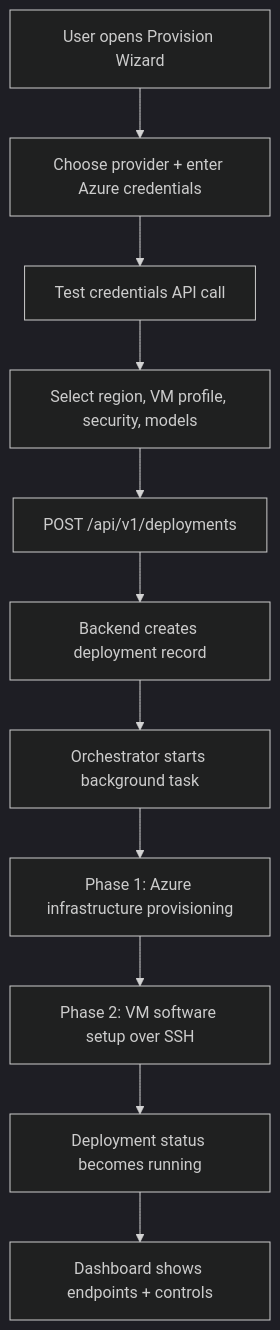
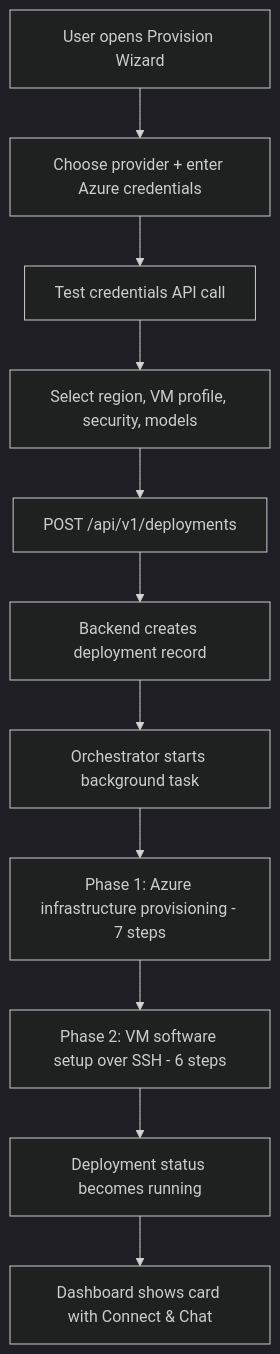
One commit to Private-AI/PrivateAI changed the first of 2 diagrams in technical_explainer.md. Above: the diagram before and after it, drawn with Mermaid (dark theme). The commit also changed other lines of this file and 1 other file, not shown here.

````diff
--- a/technical_explainer.md
+++ b/technical_explainer.md
@@ -105,13 +128,13 @@
 ```mermaid
 flowchart TD
     A[User opens Provision Wizard] --> B[Choose provider + enter Azure credentials]
     B --> C[Test credentials API call]
     C --> D[Select region, VM profile, security, models]
     D --> E[POST /api/v1/deployments]
     E --> F[Backend creates deployment record]
     F --> G[Orchestrator starts background task]
-    G --> H[Phase 1: Azure infrastructure provisioning]
-    H --> I[Phase 2: VM software setup over SSH]
+    G --> H[Phase 1: Azure infrastructure provisioning - 7 steps]
+    H --> I[Phase 2: VM software setup over SSH - 6 steps]
     I --> J[Deployment status becomes running]
-    J --> K[Dashboard shows endpoints + controls]
+    J --> K[Dashboard shows card with Connect & Chat]
 ```
````
